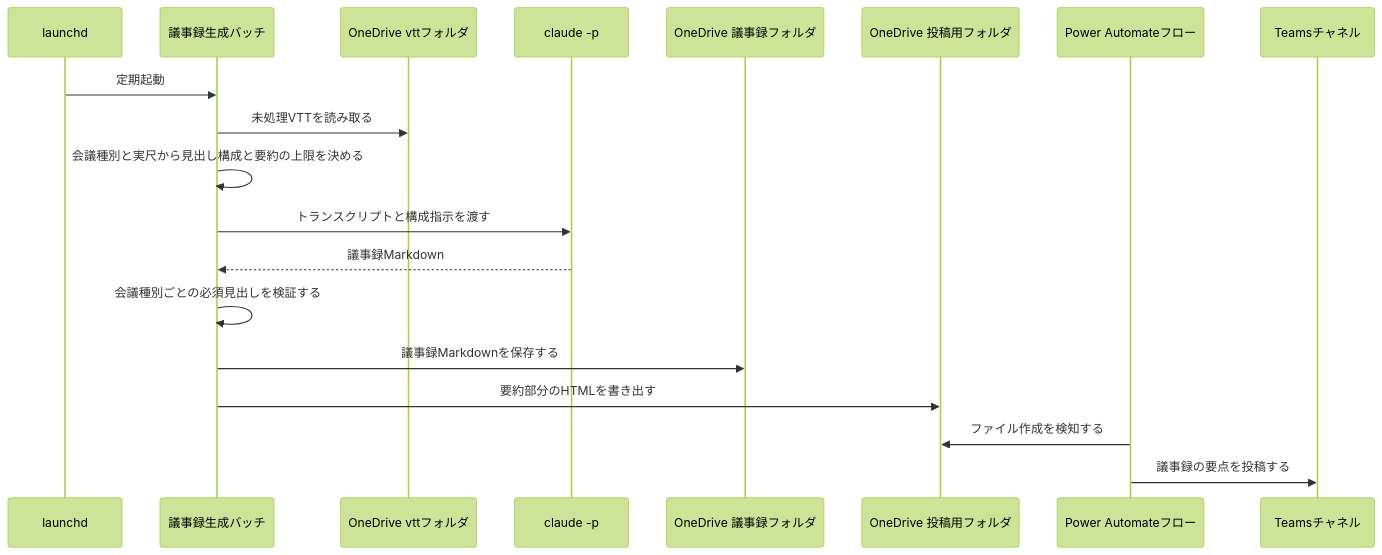
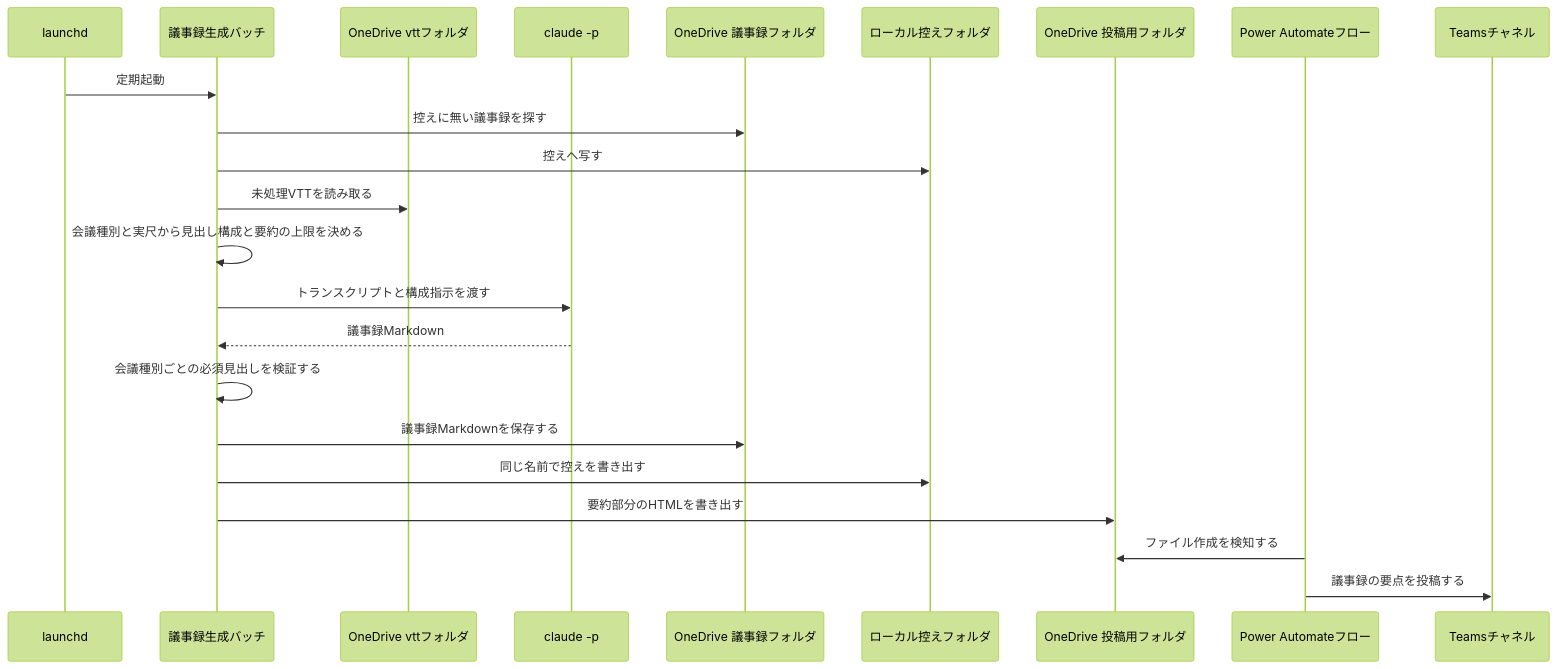
The first of 2 diagrams in apps/meeting-minutes-generator/specs/minutes-auto-generation/design.md (dnode-ryosuke-yamazaki/study), drawn with Mermaid (forest theme) before and after one commit. The commit also changed other lines of this file and 3 other files, not shown here.

````diff
--- a/apps/meeting-minutes-generator/specs/minutes-auto-generation/design.md
+++ b/apps/meeting-minutes-generator/specs/minutes-auto-generation/design.md
@@ -35,22 +36,26 @@
 ```mermaid
 sequenceDiagram
     participant L as launchd
     participant B as 議事録生成バッチ
     participant V as OneDrive vttフォルダ
     participant C as claude -p
     participant M as OneDrive 議事録フォルダ
+    participant K as ローカル控えフォルダ
     participant N as OneDrive 投稿用フォルダ
     participant P as Power Automateフロー
     participant T as Teamsチャネル
 
     L->>B: 定期起動
+    B->>M: 控えに無い議事録を探す
+    B->>K: 控えへ写す
     B->>V: 未処理VTTを読み取る
     B->>B: 会議種別と実尺から見出し構成と要約の上限を決める
     B->>C: トランスクリプトと構成指示を渡す
     C-->>B: 議事録Markdown
     B->>B: 会議種別ごとの必須見出しを検証する
     B->>M: 議事録Markdownを保存する
+    B->>K: 同じ名前で控えを書き出す
     B->>N: 要約部分のHTMLを書き出す
     P->>N: ファイル作成を検知する
     P->>T: 議事録の要点を投稿する
 ```
````
